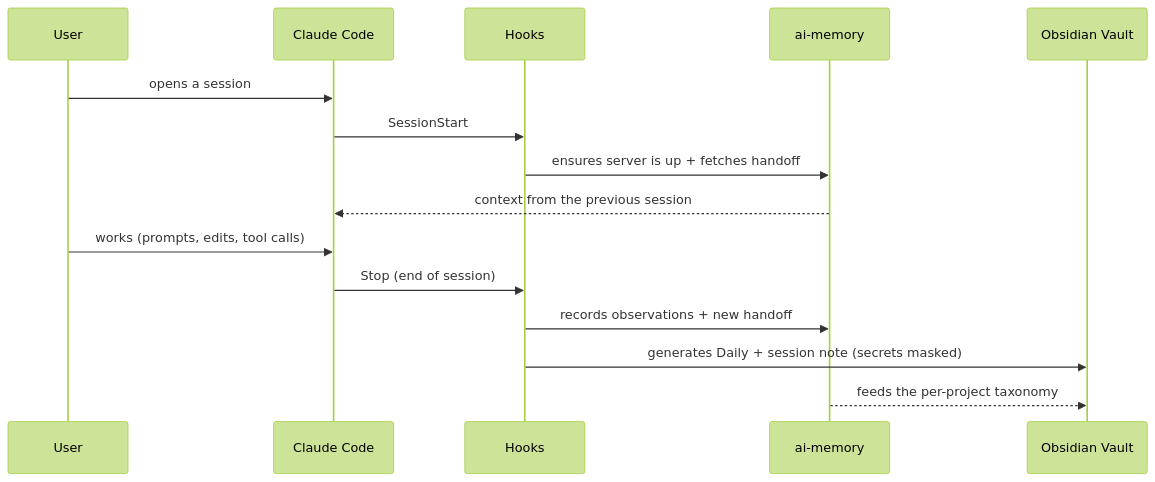
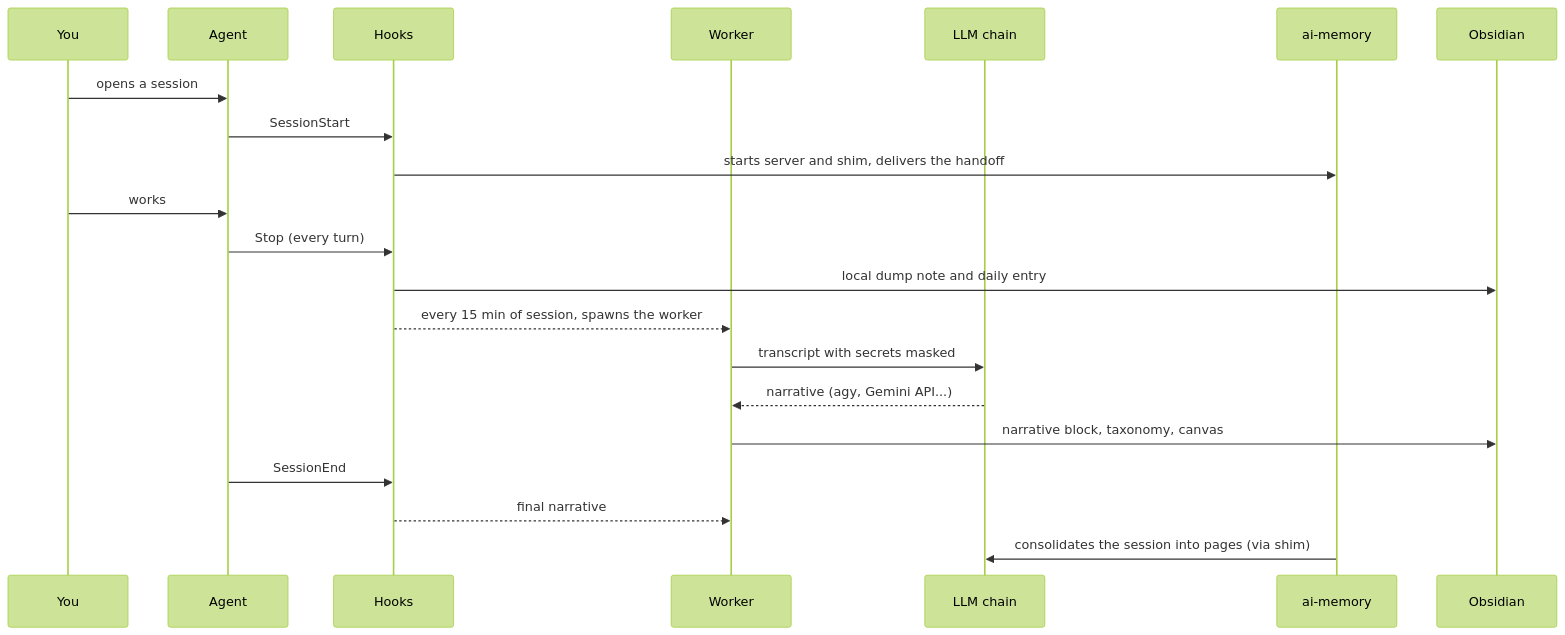
Before and after one commit to murilolol/muri-saver: the diagram in README.en.md, drawn with Mermaid (forest theme). The commit also changed other lines of this file and 69 other files, not shown here.

````diff
--- a/README.en.md
+++ b/README.en.md
@@ -245,18 +127,24 @@
 ```mermaid
 sequenceDiagram
-    participant U as User
-    participant CC as Claude Code
+    participant U as You
+    participant A as Agent
     participant H as Hooks
-    participant AM as ai-memory
-    participant V as Obsidian Vault
+    participant W as Worker
+    participant L as LLM chain
+    participant M as ai-memory
+    participant V as Obsidian
 
-    U->>CC: opens a session
-    CC->>H: SessionStart
-    H->>AM: ensures server is up + fetches handoff
-    AM-->>CC: context from the previous session
-    U->>CC: works (prompts, edits, tool calls)
-    CC->>H: Stop (end of session)
-    H->>AM: records observations + new handoff
-    H->>V: generates Daily + session note (secrets masked)
-    AM-->>V: feeds the per-project taxonomy
+    U->>A: opens a session
+    A->>H: SessionStart
+    H->>M: starts server and shim, delivers the handoff
+    U->>A: works
+    A->>H: Stop (every turn)
+    H->>V: local dump note and daily entry
+    H-->>W: every 15 min of session, spawns the worker
+    W->>L: transcript with secrets masked
+    L-->>W: narrative (agy, Gemini API...)
+    W->>V: narrative block, taxonomy, canvas
+    A->>H: SessionEnd
+    H-->>W: final narrative
+    M->>L: consolidates the session into pages (via shim)
 ```
````
